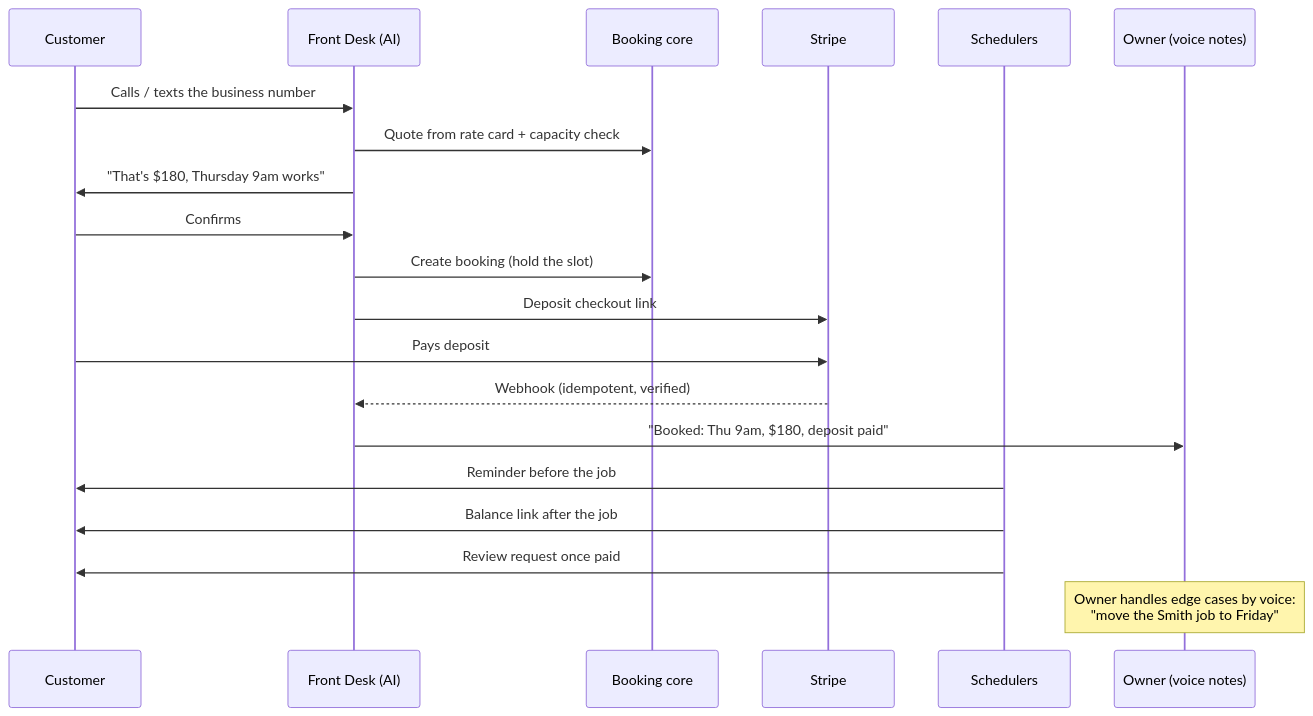
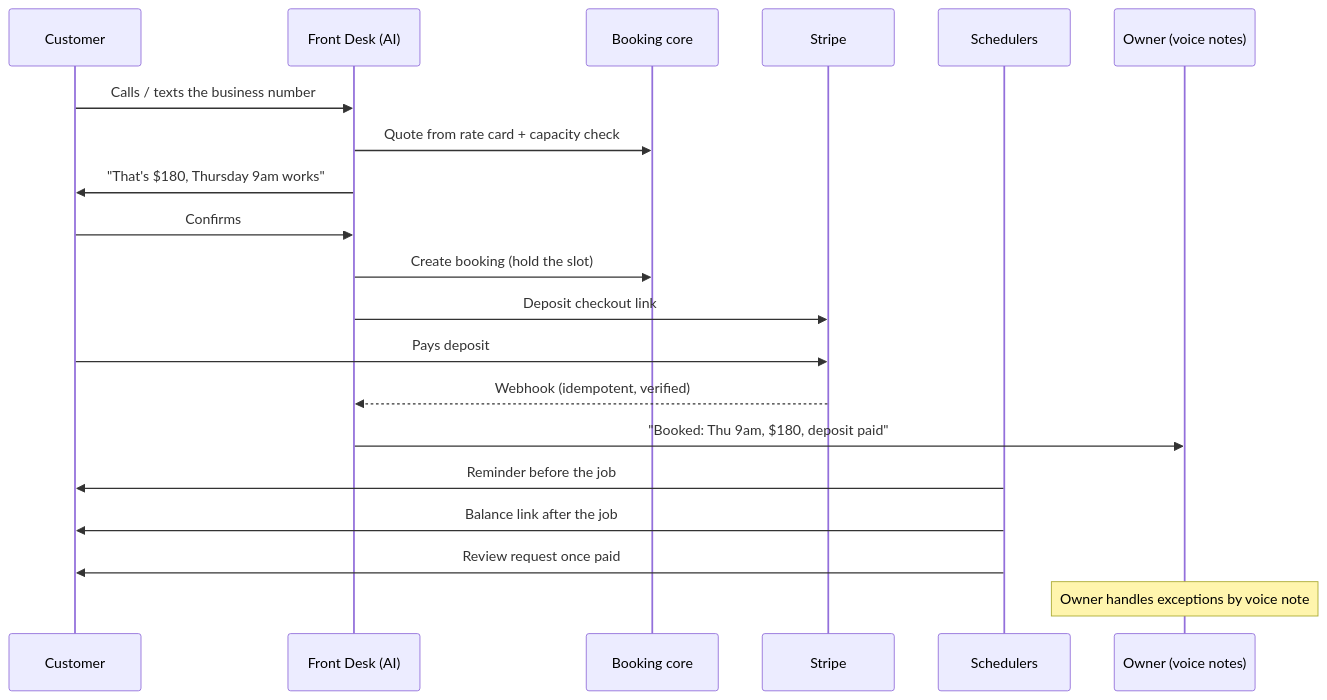
Before and after one commit to shawnj6909-oss/front-desk-crm-v5: the first of 2 diagrams in README.md, drawn with Mermaid. The commit also changed other lines of this file, not shown here.

````diff
--- a/README.md
+++ b/README.md
@@ -27,24 +27,24 @@
 ```mermaid
 sequenceDiagram
     participant C as Customer
     participant FD as Front Desk (AI)
     participant CORE as Booking core
     participant PAY as Stripe
     participant CRON as Schedulers
     participant O as Owner (voice notes)
 
     C->>FD: Calls / texts the business number
     FD->>CORE: Quote from rate card + capacity check
     FD->>C: "That's $180, Thursday 9am works"
     C->>FD: Confirms
     FD->>CORE: Create booking (hold the slot)
     FD->>PAY: Deposit checkout link
     C->>PAY: Pays deposit
     PAY-->>FD: Webhook (idempotent, verified)
     FD->>O: "Booked: Thu 9am, $180, deposit paid"
 
     CRON->>C: Reminder before the job
     CRON->>C: Balance link after the job
     CRON->>C: Review request once paid
-    Note over O: Owner handles edge cases by voice:<br/>"move the Smith job to Friday"
+    Note over O: Owner handles exceptions by voice note
 ```
````
